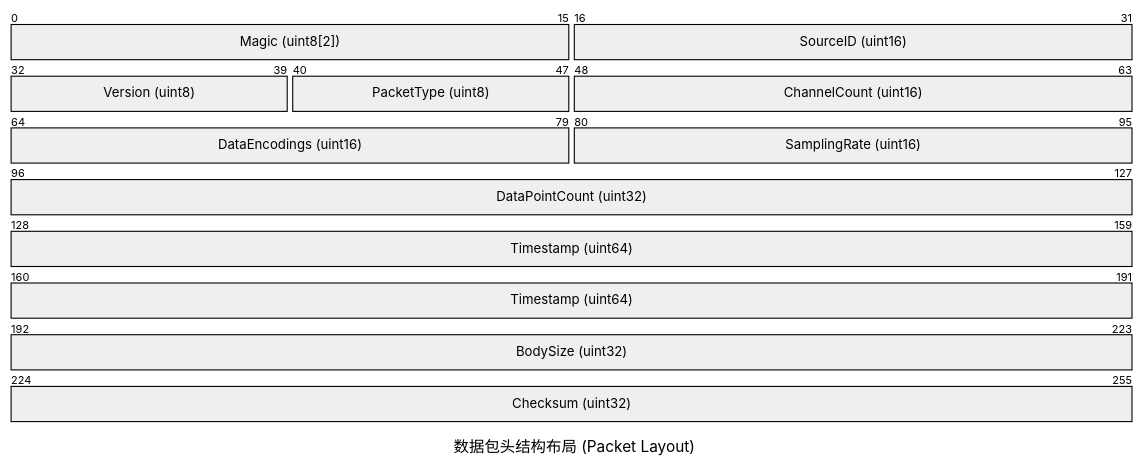
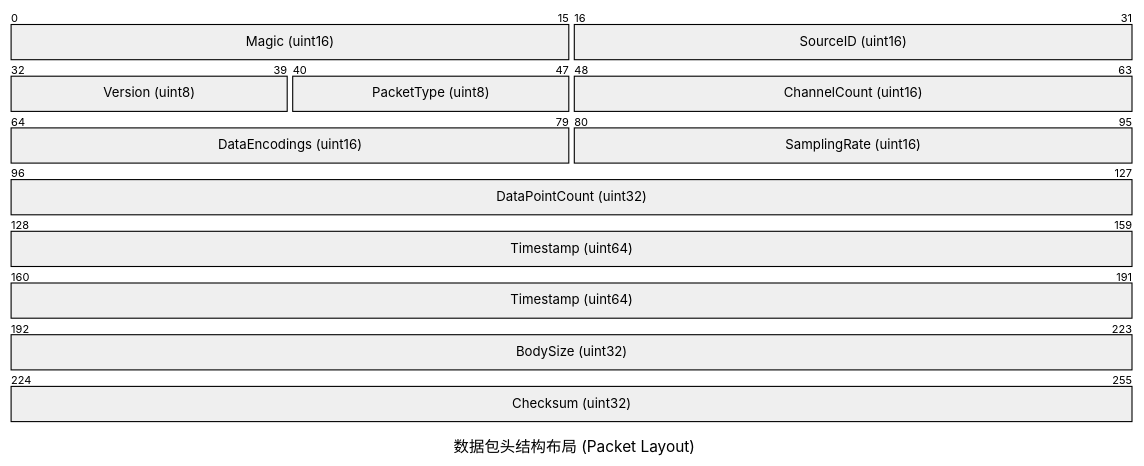
Before and after one commit to FeiyueDong/qREST_Data: the third of 4 diagrams in doc/qREST_DataStorage.md, drawn with Mermaid. The commit also changed other lines of this file and 14 other files, not shown here.

````diff
--- a/doc/qREST_DataStorage.md
+++ b/doc/qREST_DataStorage.md
@@ -249,15 +249,15 @@
 ```mermaid
 packet-beta
 title 数据包头结构布局 (Packet Layout)
-0-15: "Magic (uint8[2])"
+0-15: "Magic (uint16)"
 16-31: "SourceID (uint16)"
 32-39: "Version (uint8)"
 40-47: "PacketType (uint8)"
 48-63: "ChannelCount (uint16)"
 64-79: "DataEncodings (uint16)"
 80-95: "SamplingRate (uint16)"
 96-127: "DataPointCount (uint32)"
 128-191: "Timestamp (uint64)"
 192-223: "BodySize (uint32)"
 224-255: "Checksum (uint32)"
 ```
````
